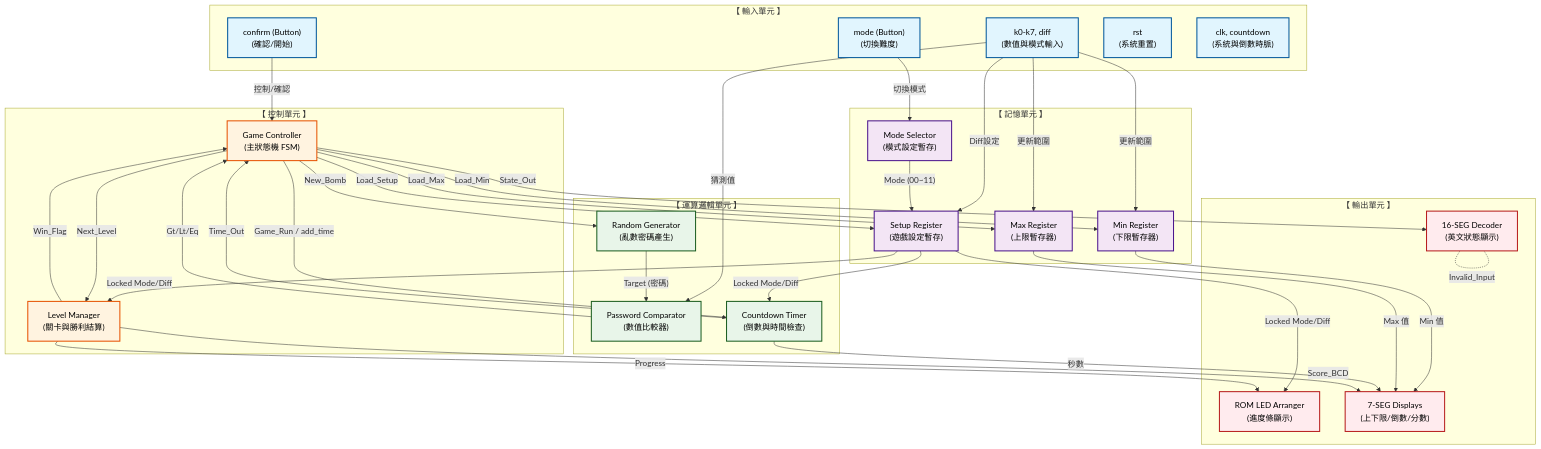
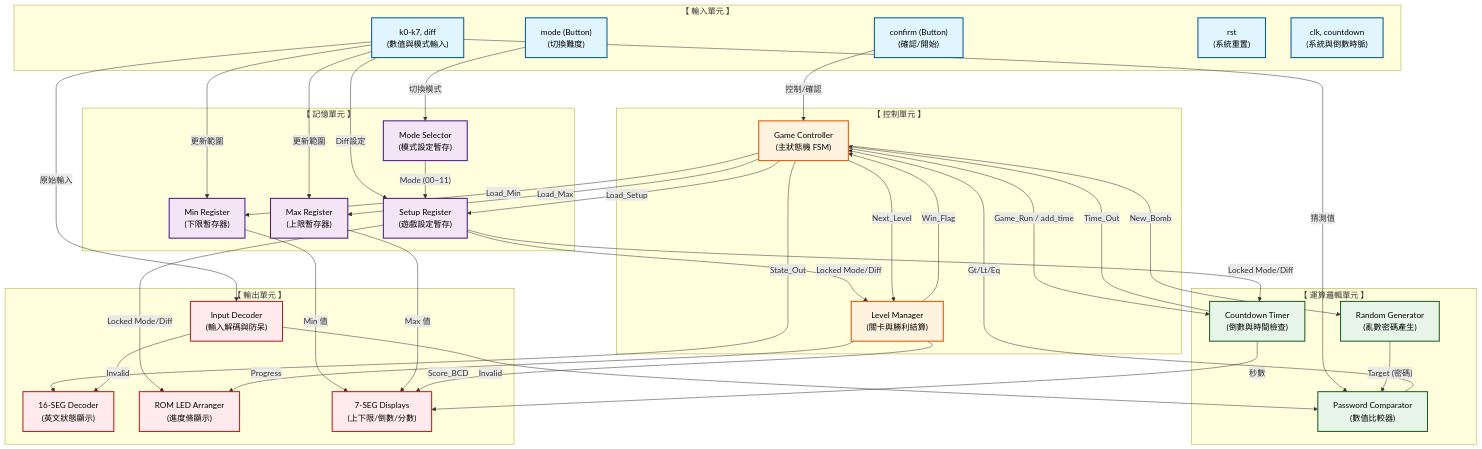
One commit to Annie04082020/UltimateBomb changed the diagram in Structure.md. Above: the diagram before and after it, drawn with Mermaid. The commit also changed 1 other file, not shown here.

Commit message:
docs: update project structure documentation and README instructions

````diff
--- a/Structure.md
+++ b/Structure.md
@@ -44,6 +44,7 @@
 
     %% 輸出單元
     subgraph Output_Unit ["【 輸出單元 】"]
+        O_Decoder["Input Decoder<br>(輸入解碼與防呆)"]:::output
         O_State["16-SEG Decoder<br>(英文狀態顯示)"]:::output
         O_LED["ROM LED Arranger<br>(進度條顯示)"]:::output
         O_7Seg["7-SEG Displays<br>(上下限/倒數/分數)"]:::output
@@ -55,6 +56,7 @@
     I_Confirm -->|控制/確認| C_FSM
     I_Mode -->|切換模式| M_Mode
     I_Switch -->|猜測值| A_Comp
+    I_Switch -->|原始輸入| O_Decoder
     I_Switch -->|更新範圍| M_Min & M_Max
     I_Switch -->|Diff設定| M_Setup
 
@@ -84,5 +86,7 @@
     C_FSM -- "State_Out" --> O_State
     C_Level -- "Progress" --> O_LED
     C_Level -- "Score_BCD" --> O_7Seg
-    O_State -. "Invalid_Input" .- O_State
+    
+    %% 防呆攔截訊號 (Input Decoder)
+    O_Decoder -- "Invalid" --> A_Comp & O_State
 ```
````
